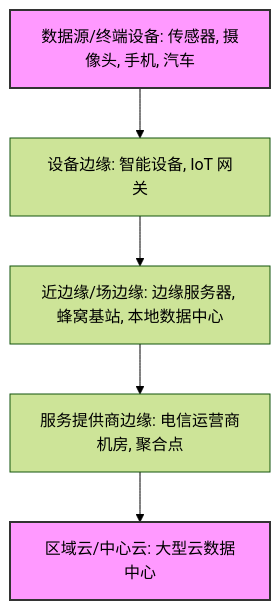
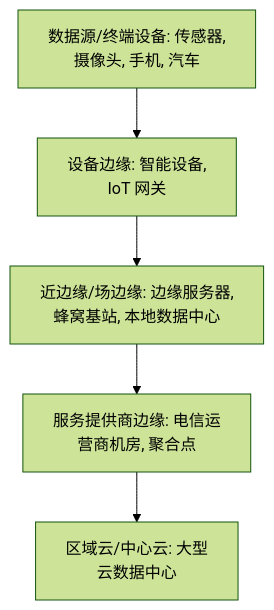
One commit to teatang/t-blog changed the diagram in source/_posts/2024/2024-02-05_边缘计算 (Edge Computing) 详解.md. Above: the diagram before and after it, drawn with Mermaid (forest theme). The commit also changed 24 other files, not shown here.

```diff
--- a/source/_posts/2024/2024-02-05_边缘计算 (Edge Computing) 详解.md
+++ b/source/_posts/2024/2024-02-05_边缘计算 (Edge Computing) 详解.md
@@ -46,10 +46,7 @@
 {% mermaid %}
 graph TD
-    A[数据源/终端设备: 传感器, 摄像头, 手机, 汽车] --> B[设备边缘: 智能设备, IoT 网关]
-    B --> C[近边缘/场边缘: 边缘服务器, 蜂窝基站, 本地数据中心]
-    C --> D[服务提供商边缘: 电信运营商机房, 聚合点]
-    D --> E[区域云/中心云: 大型云数据中心]
-
-    style A fill:#f9f,stroke:#333,stroke-width:2px
-    style E fill:#f9f,stroke:#333,stroke-width:2px
+    A[数据源/终端设备: 传感器, <br>摄像头, 手机, 汽车] --> B[设备边缘: 智能设备, <br>IoT 网关]
+    B --> C[近边缘/场边缘: 边缘服务器, <br>蜂窝基站, 本地数据中心]
+    C --> D[服务提供商边缘: 电信运<br>营商机房, 聚合点]
+    D --> E[区域云/中心云: 大型<br>云数据中心]
 {% endmermaid %}
```
